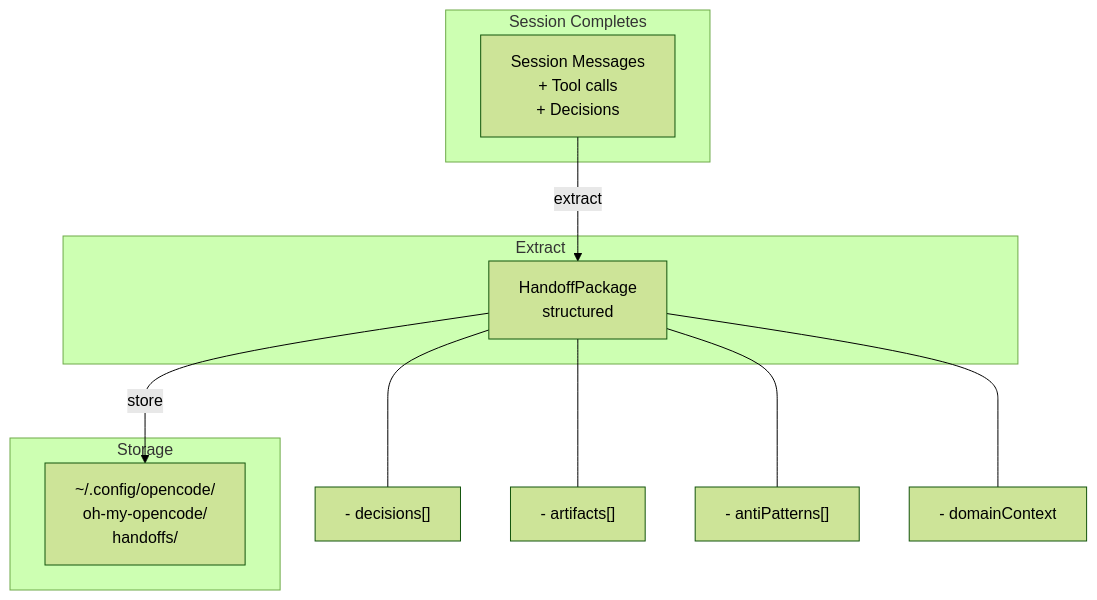
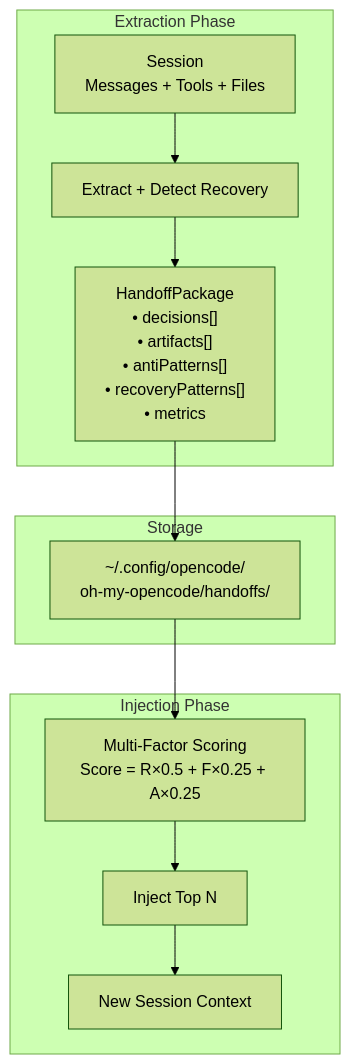
Before and after one commit to arcthur/oh-my-opencode: the first of 6 diagrams in docs/session-handoff-design.md, drawn with Mermaid (forest theme). The commit also changed other lines of this file and 20 other files, not shown here.

First line of the commit message:
refactor(session-handoff): unify rendering and fix citation tracking

````diff
--- a/docs/session-handoff-design.md
+++ b/docs/session-handoff-design.md
@@ -9,22 +9,21 @@
 ```mermaid
-flowchart TD
-    subgraph SessionEnd["Session Completes"]
-        SM[Session Messages<br/>+ Tool calls<br/>+ Decisions]
-    end
-
-    subgraph Extraction["Extract"]
-        HP[HandoffPackage<br/>structured]
+flowchart TB
+    subgraph Extraction["Extraction Phase"]
+        SM["Session<br/>Messages + Tools + Files"]
+        EXT["Extract + Detect Recovery"]
+        HP["HandoffPackage<br/>• decisions[]<br/>• artifacts[]<br/>• antiPatterns[]<br/>• recoveryPatterns[]<br/>• metrics"]
     end
 
     subgraph Storage["Storage"]
-        FS["~/.config/opencode/<br/>oh-my-opencode/<br/>handoffs/"]
+        FS["~/.config/opencode/<br/>oh-my-opencode/handoffs/"]
     end
 
-    SM -->|extract| HP
-    HP -->|store| FS
+    subgraph Injection["Injection Phase"]
+        SCORE["Multi-Factor Scoring<br/>Score = R×0.5 + F×0.25 + A×0.25"]
+        INJ["Inject Top N"]
+        NS["New Session Context"]
+    end
 
-    HP --- D["- decisions[]"]
-    HP --- A["- artifacts[]"]
-    HP --- AP["- antiPatterns[]"]
-    HP --- DC["- domainContext"]
+    SM --> EXT --> HP --> FS
+    FS --> SCORE --> INJ --> NS
 ```
````
